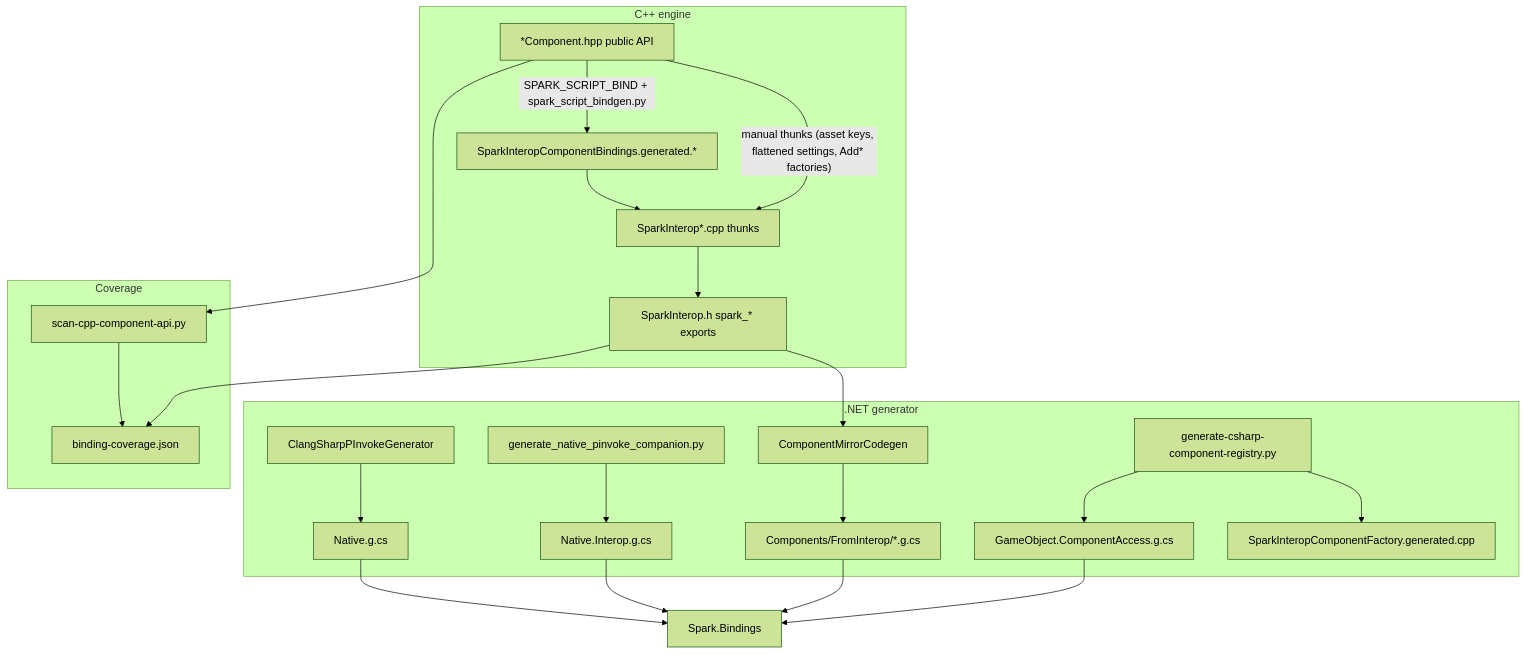
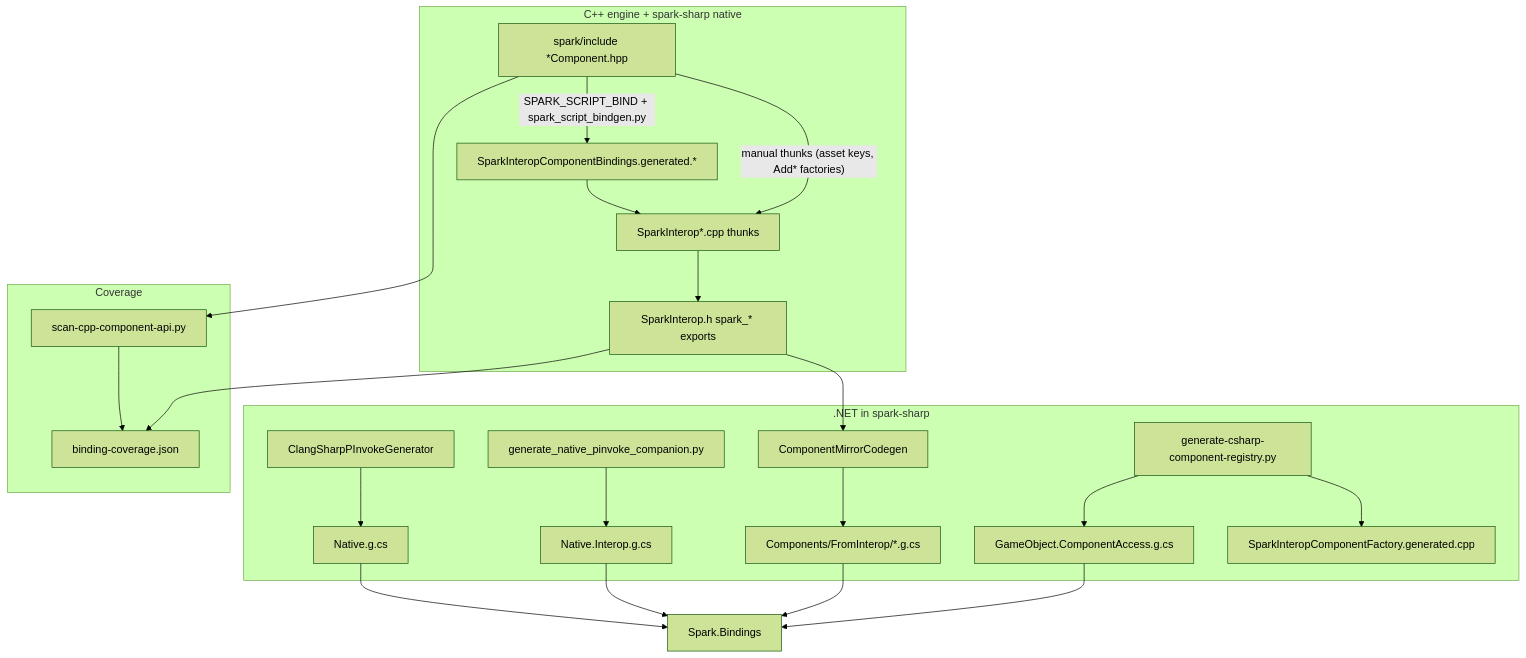
Before and after one commit to hoihky/spark: the diagram in docs/COMPONENT_SCRIPT_CODEGEN.md, drawn with Mermaid (forest theme). The commit also changed other lines of this file and 78 other files, not shown here.

````diff
--- a/docs/COMPONENT_SCRIPT_CODEGEN.md
+++ b/docs/COMPONENT_SCRIPT_CODEGEN.md
@@ -5,34 +7,34 @@
 ```mermaid
 flowchart TB
-  subgraph cpp [C++ engine]
-    HPP["*Component.hpp public API"]
+  subgraph cpp [C++ engine + spark-sharp native]
+    HPP["spark/include *Component.hpp"]
     InteropH["SparkInterop.h spark_* exports"]
     InteropCpp["SparkInterop*.cpp thunks"]
     HPP -->|"SPARK_SCRIPT_BIND + spark_script_bindgen.py"| BindGen["SparkInteropComponentBindings.generated.*"]
     BindGen --> InteropCpp
-    HPP -->|"manual thunks (asset keys, flattened settings, Add* factories)"| InteropCpp
+    HPP -->|"manual thunks (asset keys, Add* factories)"| InteropCpp
     InteropCpp --> InteropH
   end
-  subgraph gen [.NET generator]
+  subgraph gen [.NET in spark-sharp]
     Clang["ClangSharpPInvokeGenerator"]
     Mirror["ComponentMirrorCodegen"]
     Reg["generate-csharp-component-registry.py"]
     PInvoke["generate_native_pinvoke_companion.py"]
     Clang --> Native["Native.g.cs"]
     PInvoke --> Companion["Native.Interop.g.cs"]
     InteropH --> Mirror
     Mirror --> CS["Components/FromInterop/*.g.cs"]
     Reg --> Access["GameObject.ComponentAccess.g.cs"]
     Reg --> Factory["SparkInteropComponentFactory.generated.cpp"]
   end
   subgraph scan [Coverage]
     Scan["scan-cpp-component-api.py"]
     HPP --> Scan
     Scan --> Cov["binding-coverage.json"]
     InteropH --> Cov
   end
   Native --> Bindings["Spark.Bindings"]
   Companion --> Bindings
   CS --> Bindings
   Access --> Bindings
 ```
````
